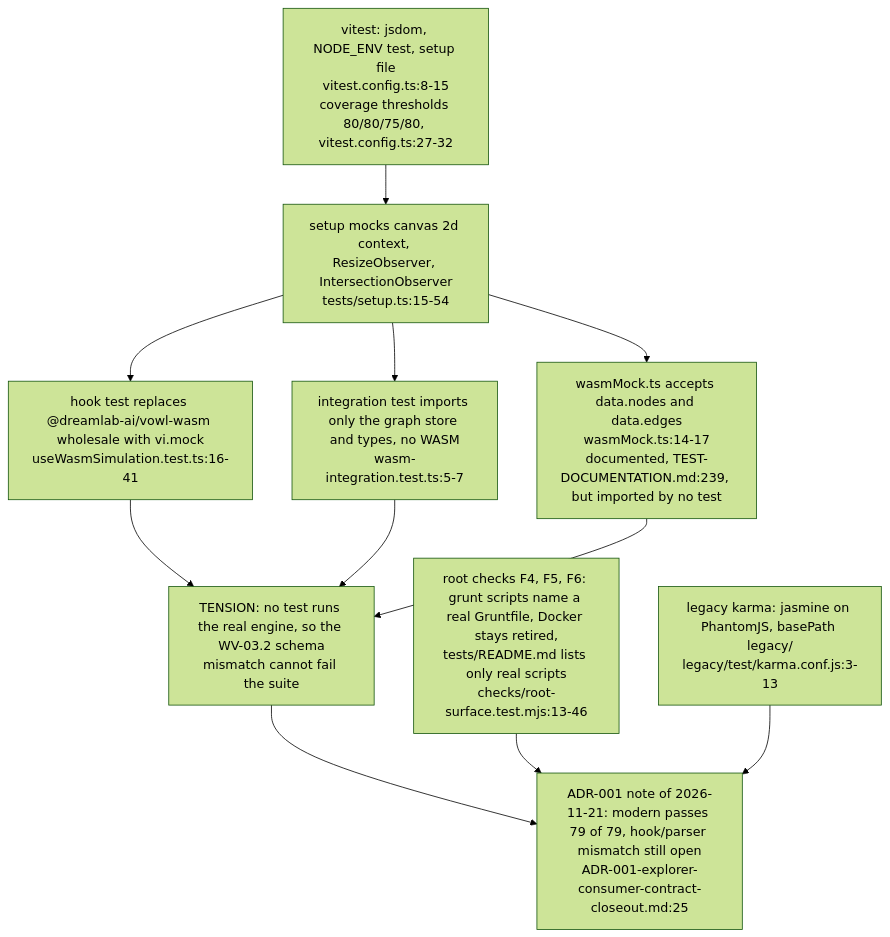
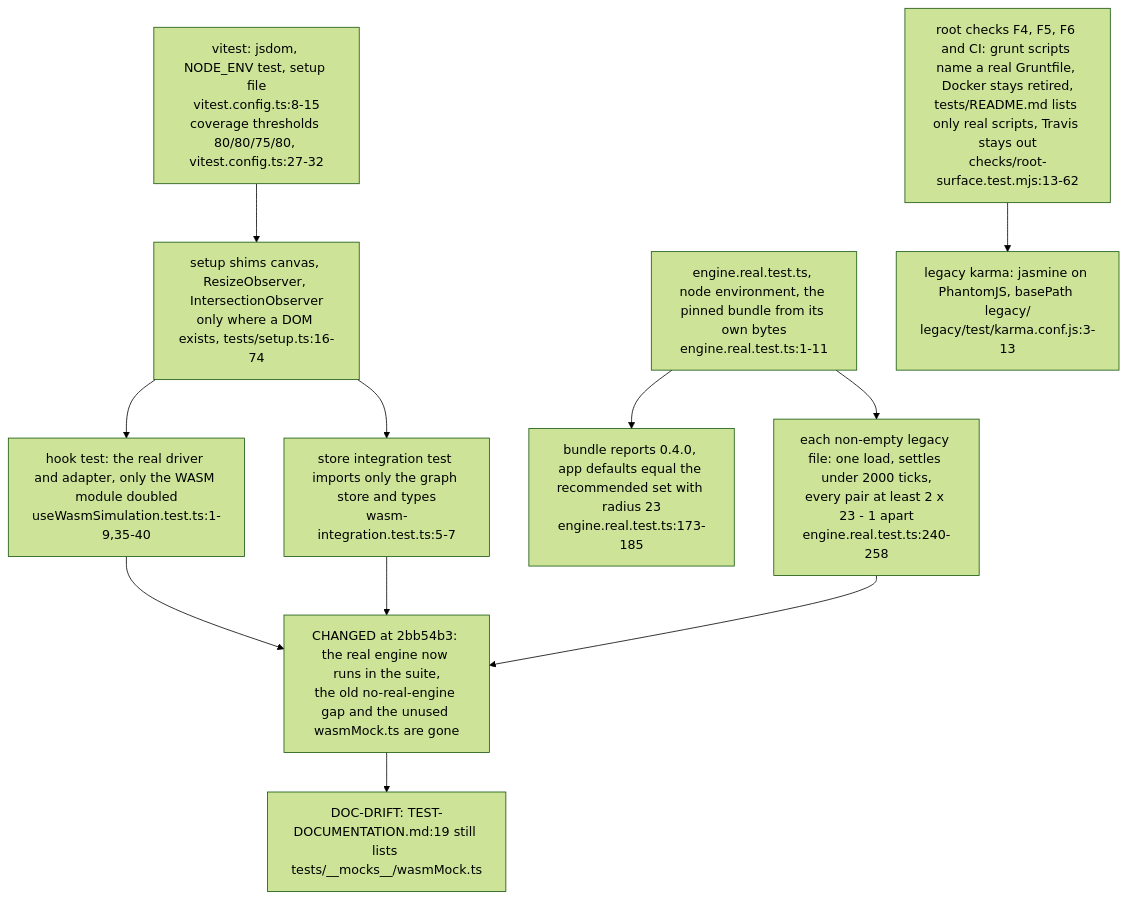
The second of 3 diagrams in docs/diagrams/wasmvowl/04-build-test-ci-and-deploy.md (DreamLab-AI/VisionFlow), drawn with Mermaid (forest theme) before and after one commit. The commit also changed other lines of this file and 4 other files, not shown here.

First line of the commit message:
docs(diagrams): wasmvowl re-verified at WasmVOWL 2bb54b3 (NggExplorer layout, camera, CI)

````diff
--- a/docs/diagrams/wasmvowl/04-build-test-ci-and-deploy.md
+++ b/docs/diagrams/wasmvowl/04-build-test-ci-and-deploy.md
@@ -55,13 +55,14 @@
 ```mermaid
 flowchart TB
-    VC["vitest: jsdom, NODE_ENV test, setup file<br/>vitest.config.ts:8-15<br/>coverage thresholds 80/80/75/80, vitest.config.ts:27-32"] --> SU["setup mocks canvas 2d context, ResizeObserver, IntersectionObserver<br/>tests/setup.ts:15-54"]
-    SU --> HT["hook test replaces @dreamlab-ai/vowl-wasm wholesale with vi.mock<br/>useWasmSimulation.test.ts:16-41"]
-    SU --> IT["integration test imports only the graph store and types, no WASM<br/>wasm-integration.test.ts:5-7"]
-    SU --> MK["wasmMock.ts accepts data.nodes and data.edges<br/>wasmMock.ts:14-17<br/>documented, TEST-DOCUMENTATION.md:239, but imported by no test"]
-    HT --> G1["TENSION: no test runs the real engine, so the WV-03.2 schema<br/>mismatch cannot fail the suite"]
-    IT --> G1
-    MK --> G1
-    G1 --> CL["ADR-001 note of 2026-11-21: modern passes 79 of 79, hook/parser mismatch still open<br/>ADR-001-explorer-consumer-contract-closeout.md:25"]
-    RS["root checks F4, F5, F6: grunt scripts name a real Gruntfile, Docker stays retired,<br/>tests/README.md lists only real scripts<br/>checks/root-surface.test.mjs:13-46"] --> CL
-    LK["legacy karma: jasmine on PhantomJS, basePath legacy/<br/>legacy/test/karma.conf.js:3-13"] --> CL
+    VC["vitest: jsdom, NODE_ENV test, setup file<br/>vitest.config.ts:8-15<br/>coverage thresholds 80/80/75/80, vitest.config.ts:27-32"] --> SU["setup shims canvas, ResizeObserver, IntersectionObserver<br/>only where a DOM exists, tests/setup.ts:16-74"]
+    SU --> HT["hook test: the real driver and adapter, only the WASM module doubled<br/>useWasmSimulation.test.ts:1-9,35-40"]
+    SU --> IT["store integration test imports only the graph store and types<br/>wasm-integration.test.ts:5-7"]
+    RE["engine.real.test.ts, node environment, the pinned bundle from its own bytes<br/>engine.real.test.ts:1-11"] --> R1["bundle reports 0.4.0, app defaults equal the recommended set with radius 23<br/>engine.real.test.ts:173-185"]
+    RE --> R2["each non-empty legacy file: one load, settles under 2000 ticks,<br/>every pair at least 2 x 23 - 1 apart<br/>engine.real.test.ts:240-258"]
+    R2 --> C1["CHANGED at 2bb54b3: the real engine now runs in the suite,<br/>the old no-real-engine gap and the unused wasmMock.ts are gone"]
+    HT --> C1
+    C1 --> DD["DOC-DRIFT: TEST-DOCUMENTATION.md:19 still lists tests/__mocks__/wasmMock.ts"]
+    RS["root checks F4, F5, F6 and CI: grunt scripts name a real Gruntfile, Docker stays retired,<br/>tests/README.md lists only real scripts, Travis stays out<br/>checks/root-surface.test.mjs:13-62"] --> LK
+    LK["legacy karma: jasmine on PhantomJS, basePath legacy/<br/>legacy/test/karma.conf.js:3-13"]
+    IT --> C1
 ```
````
